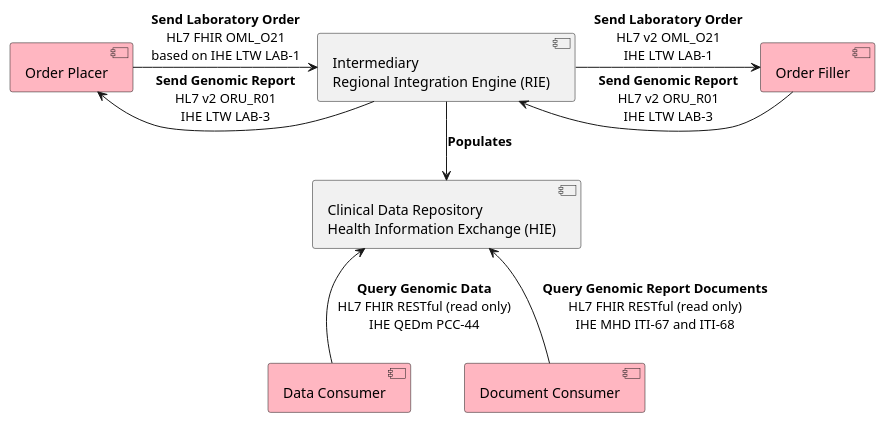
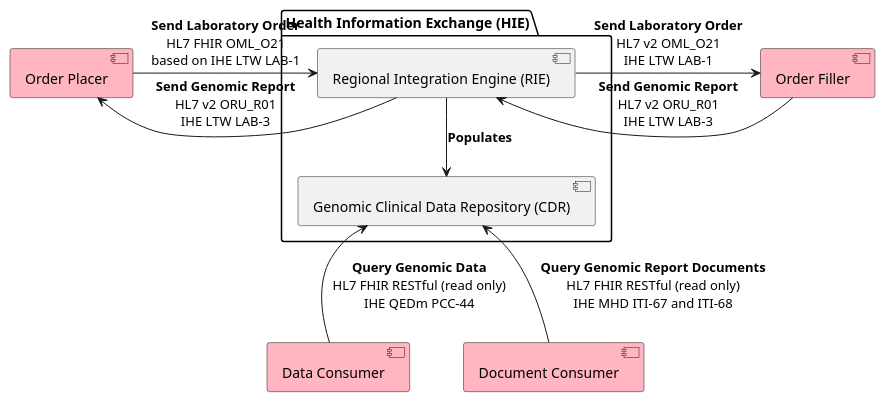
The diagram in input/images-source/overview-hie.plantuml (uk-gov-mirror/nw-gmsa.nw-gmsa.github.com), drawn with PlantUML before and after one commit.

Commit message:
Refactored overview HIE

```diff
--- a/input/images-source/overview-hie.plantuml
+++ b/input/images-source/overview-hie.plantuml
@@ -1,20 +1,20 @@
 @startuml
 
  component "Order Placer" as EPR #LightPink
  component "Order Filler" as LIMS #LightPink
- component "Data Consumer" as HIE #LightPink
- component "Document Consumer" as HIEU #LightPink
- component "Intermediary\nRegional Integration Engine (RIE)" as TIE
- component "Clinical Data Repository\nHealth Information Exchange (HIE)" as CDR
-
-
+ package "Health Information Exchange (HIE)" {
+    component "Regional Integration Engine (RIE)" as TIE
+    component "Genomic Clinical Data Repository (CDR)" as CDR
+ }
+component "Data Consumer" as HIE #LightPink
+component "Document Consumer" as HIEU #LightPink
 
  EPR -r-> TIE : **Send Laboratory Order**\nHL7 FHIR OML_O21\nbased on IHE LTW LAB-1
  TIE -r-> LIMS: **Send Laboratory Order**\nHL7 v2 OML_O21\nIHE LTW LAB-1
  LIMS -l-> TIE : **Send Genomic Report**\nHL7 v2 ORU_R01\nIHE LTW LAB-3
  TIE -l-> EPR: **Send Genomic Report**\nHL7 v2 ORU_R01\nIHE LTW LAB-3
  TIE -d-> CDR: **Populates**
  HIE -u-> CDR: **Query Genomic Data**\nHL7 FHIR RESTful (read only)\nIHE QEDm PCC-44
  HIEU -u-> CDR: **Query Genomic Report Documents**\nHL7 FHIR RESTful (read only)\nIHE MHD ITI-67 and ITI-68
 
 @enduml
```
